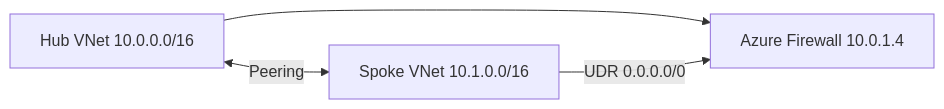
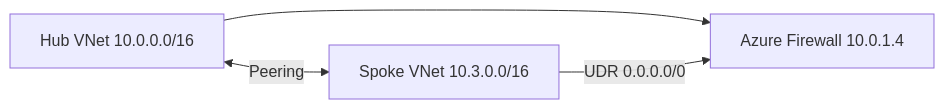
One commit to mrdseed/platform-admin-automation changed the diagram in examples/hub-spoke-networking/README.md. Above: the diagram before and after it, drawn with Mermaid. The commit also changed other lines of this file and 91 other files, not shown here.

````diff
--- a/examples/hub-spoke-networking/README.md
+++ b/examples/hub-spoke-networking/README.md
@@ -7,9 +7,9 @@
 ```mermaid
 flowchart LR
     HUB[Hub VNet 10.0.0.0/16]
-    SPOKE[Spoke VNet 10.1.0.0/16]
+    SPOKE[Spoke VNet 10.3.0.0/16]
     FW[Azure Firewall 10.0.1.4]
     HUB --> FW
     HUB <-->|Peering| SPOKE
     SPOKE -->|UDR 0.0.0.0/0| FW
 ```
````
